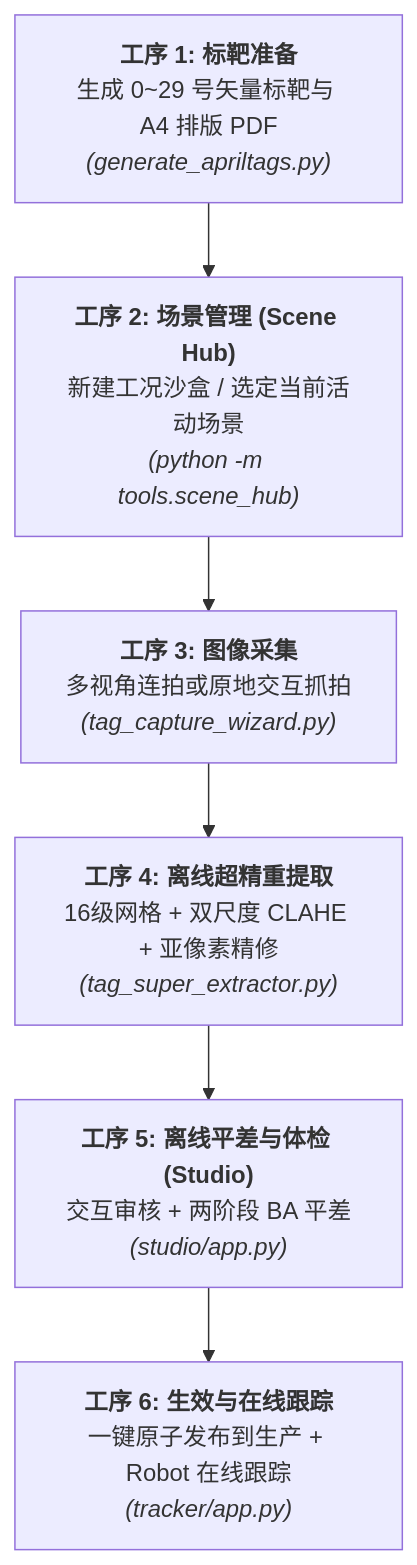
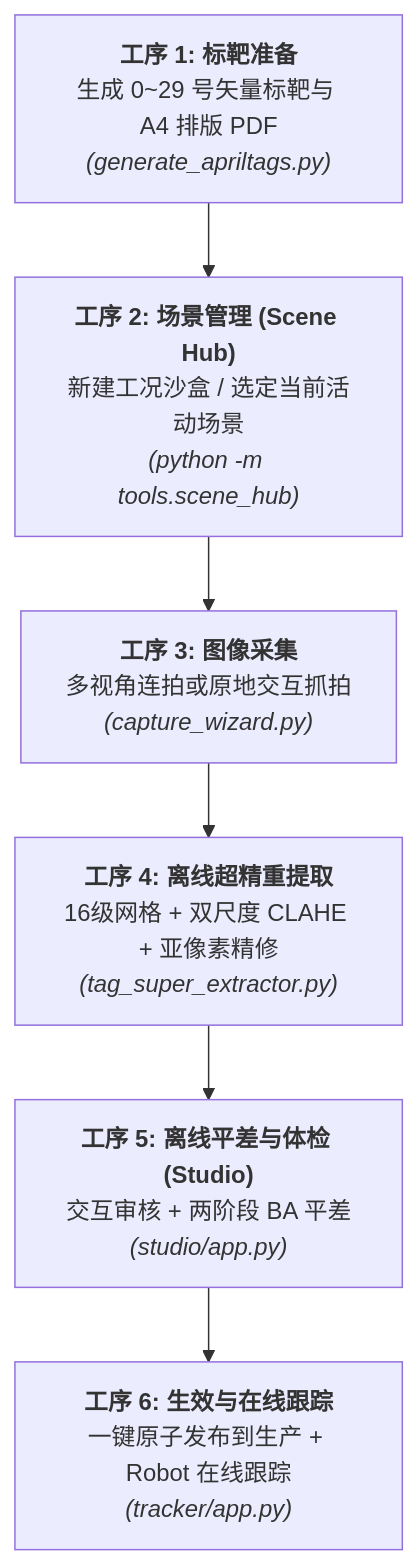
Before and after one commit to voicevon/flux_vision_3d: the second of 3 diagrams in README.md, drawn with Mermaid. The commit also changed other lines of this file and 18 other files, not shown here.

````diff
--- a/README.md
+++ b/README.md
@@ -173,11 +173,11 @@
 ```mermaid
 flowchart TD
     S1["<b>工序 1: 标靶准备</b><br>生成 0~29 号矢量标靶与 A4 排版 PDF<br><i>(generate_apriltags.py)</i>"]
     S2["<b>工序 2: 场景管理 (Scene Hub)</b><br>新建工况沙盒 / 选定当前活动场景<br><i>(python -m tools.scene_hub)</i>"]
-    S3["<b>工序 3: 图像采集</b><br>多视角连拍或原地交互抓拍<br><i>(tag_capture_wizard.py)</i>"]
+    S3["<b>工序 3: 图像采集</b><br>多视角连拍或原地交互抓拍<br><i>(capture_wizard.py)</i>"]
     S4["<b>工序 4: 离线超精重提取</b><br>16级网格 + 双尺度 CLAHE + 亚像素精修<br><i>(tag_super_extractor.py)</i>"]
     S5["<b>工序 5: 离线平差与体检 (Studio)</b><br>交互审核 + 两阶段 BA 平差<br><i>(studio/app.py)</i>"]
     S6["<b>工序 6: 生效与在线跟踪</b><br>一键原子发布到生产 + Robot 在线跟踪<br><i>(tracker/app.py)</i>"]
 
     S1 --> S2 --> S3 --> S4 --> S5 --> S6
 ```
````
